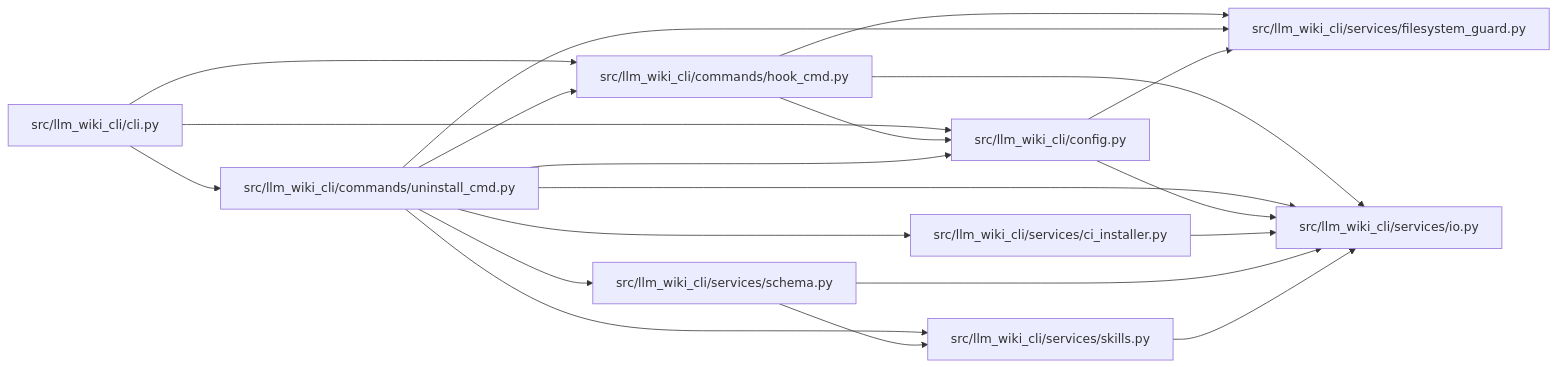
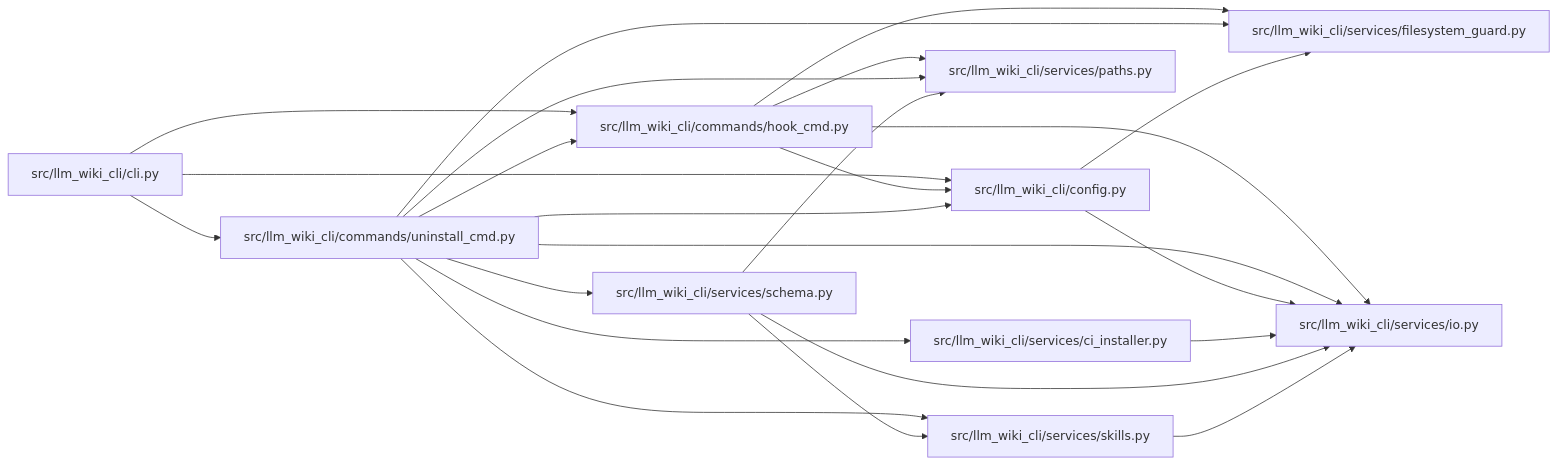
Before and after one commit to Denissvgn/python-wiki-llm: the diagram in docs/llm_wiki/modules/uninstall_cmd.md, drawn with Mermaid. The commit also changed other lines of this file and 27 other files, not shown here.

````diff
--- a/docs/llm_wiki/modules/uninstall_cmd.md
+++ b/docs/llm_wiki/modules/uninstall_cmd.md
@@ -30,40 +31,45 @@
 ```mermaid
 flowchart LR
     n0["src/llm_wiki_cli/cli.py"]
     n1["src/llm_wiki_cli/commands/hook_cmd.py"]
     n2["src/llm_wiki_cli/commands/uninstall_cmd.py"]
     n3["src/llm_wiki_cli/config.py"]
     n4["src/llm_wiki_cli/services/ci_installer.py"]
     n5["src/llm_wiki_cli/services/filesystem_guard.py"]
     n6["src/llm_wiki_cli/services/io.py"]
-    n7["src/llm_wiki_cli/services/schema.py"]
-    n8["src/llm_wiki_cli/services/skills.py"]
+    n7["src/llm_wiki_cli/services/paths.py"]
+    n8["src/llm_wiki_cli/services/schema.py"]
+    n9["src/llm_wiki_cli/services/skills.py"]
     n0 --> n1
     n0 --> n2
     n0 --> n3
     n1 --> n3
     n1 --> n5
     n1 --> n6
+    n1 --> n7
     n2 --> n1
     n2 --> n3
     n2 --> n4
     n2 --> n5
     n2 --> n6
     n2 --> n7
     n2 --> n8
+    n2 --> n9
     n3 --> n5
     n3 --> n6
     n4 --> n6
-    n7 --> n6
-    n7 --> n8
     n8 --> n6
+    n8 --> n7
+    n8 --> n9
+    n9 --> n6
     click n0 "../modules/cli.md"
     click n1 "../modules/hook_cmd.md"
     click n2 "../modules/uninstall_cmd.md"
     click n3 "../modules/config.md"
     click n4 "../modules/ci_installer.md"
     click n5 "../modules/filesystem_guard.md"
     click n6 "../modules/io.md"
-    click n7 "../modules/services_schema.md"
-    click n8 "../modules/skills.md"
+    click n7 "../modules/paths.md"
+    click n8 "../modules/services_schema.md"
+    click n9 "../modules/skills.md"
 ```
````
